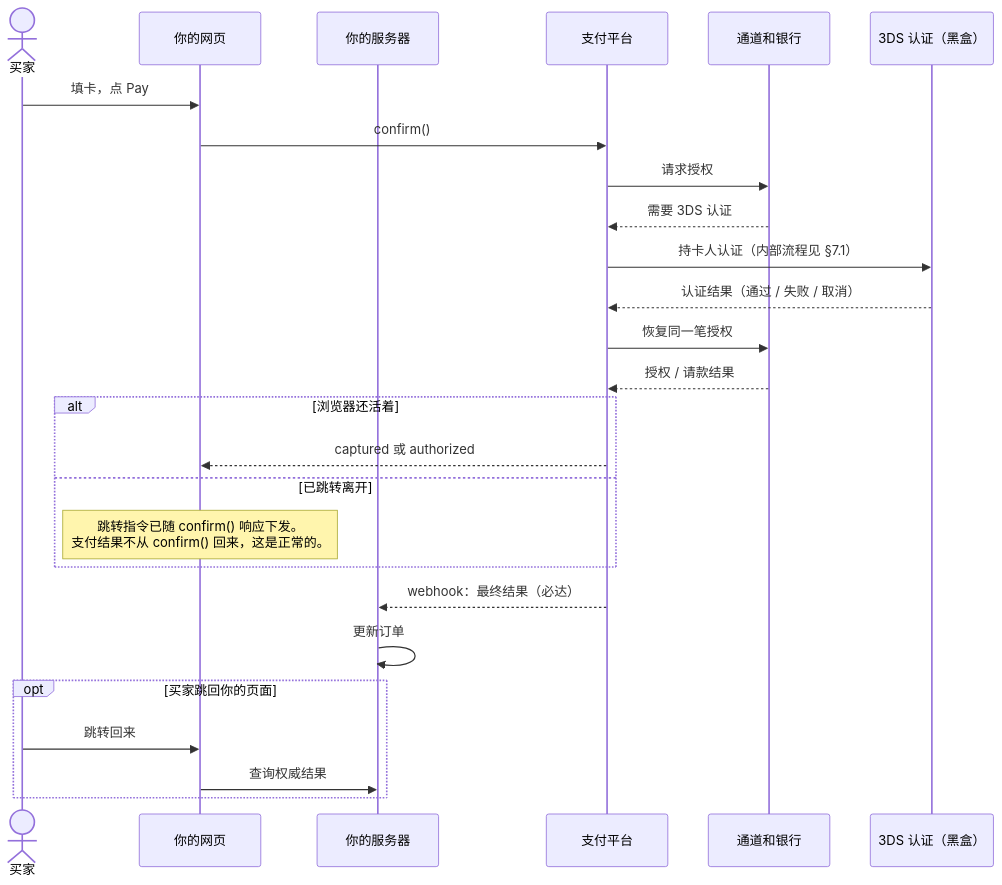
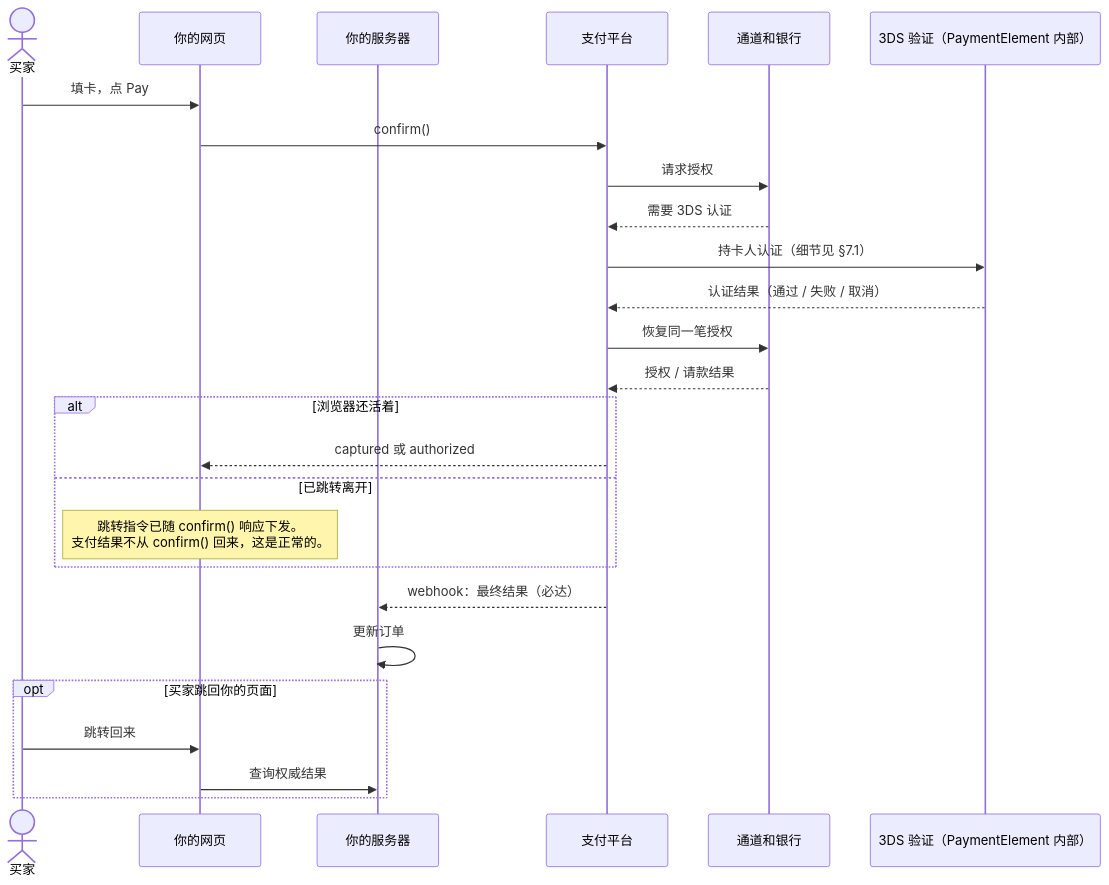
One commit to 1aboveio/wallet-architecture changed the third of 5 diagrams in docs/payment-element-merchant-integration-guide.md. Above: the diagram before and after it, drawn with Mermaid. The commit also changed other lines of this file and 1 other file, not shown here.

First line of the commit message:
docs: correct 3DS framing - it is implemented inside PaymentElement, not a black box

````diff
--- a/docs/payment-element-merchant-integration-guide.md
+++ b/docs/payment-element-merchant-integration-guide.md
@@ -84,29 +84,29 @@
 ```mermaid
 sequenceDiagram
     actor Buyer as 买家
     participant Page as 你的网页
     participant Server as 你的服务器
     participant Pay as 支付平台
     participant Bank as 通道和银行
-    participant DS3 as 3DS 认证（黑盒）
+    participant DS3 as 3DS 验证（PaymentElement 内部）
 
     Buyer->>Page: 填卡，点 Pay
     Page->>Pay: confirm()
     Pay->>Bank: 请求授权
     Bank-->>Pay: 需要 3DS 认证
-    Pay->>DS3: 持卡人认证（内部流程见 §7.1）
+    Pay->>DS3: 持卡人认证（细节见 §7.1）
     DS3-->>Pay: 认证结果（通过 / 失败 / 取消）
     Pay->>Bank: 恢复同一笔授权
     Bank-->>Pay: 授权 / 请款结果
     alt 浏览器还活着
         Pay-->>Page: captured 或 authorized
     else 已跳转离开
         Note over Page: 跳转指令已随 confirm() 响应下发。<br/>支付结果不从 confirm() 回来，这是正常的。
     end
     Pay-->>Server: webhook：最终结果（必达）
     Server->>Server: 更新订单
     opt 买家跳回你的页面
         Buyer->>Page: 跳转回来
         Page->>Server: 查询权威结果
     end
 ```
````
